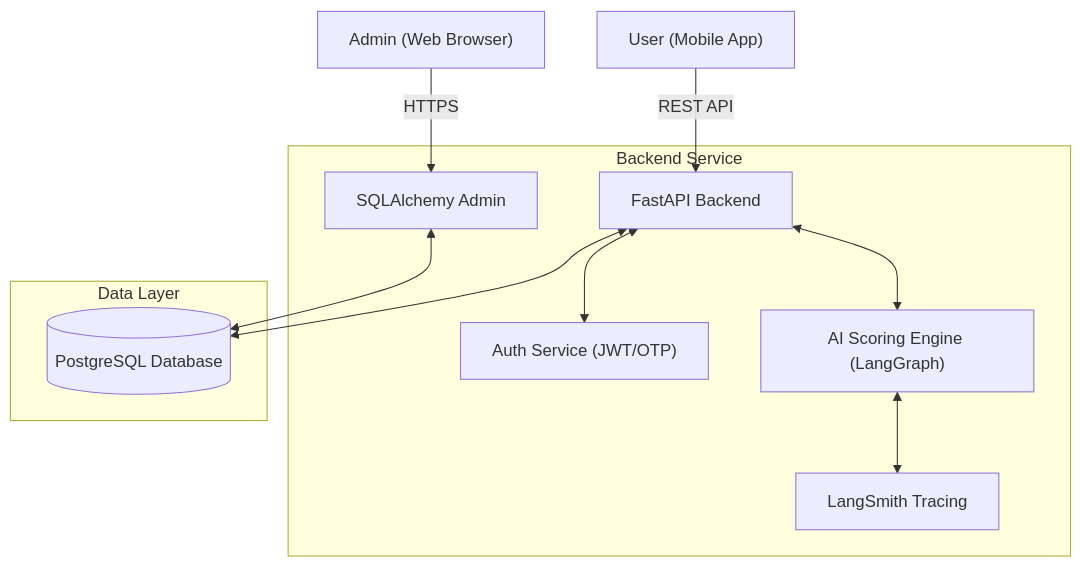
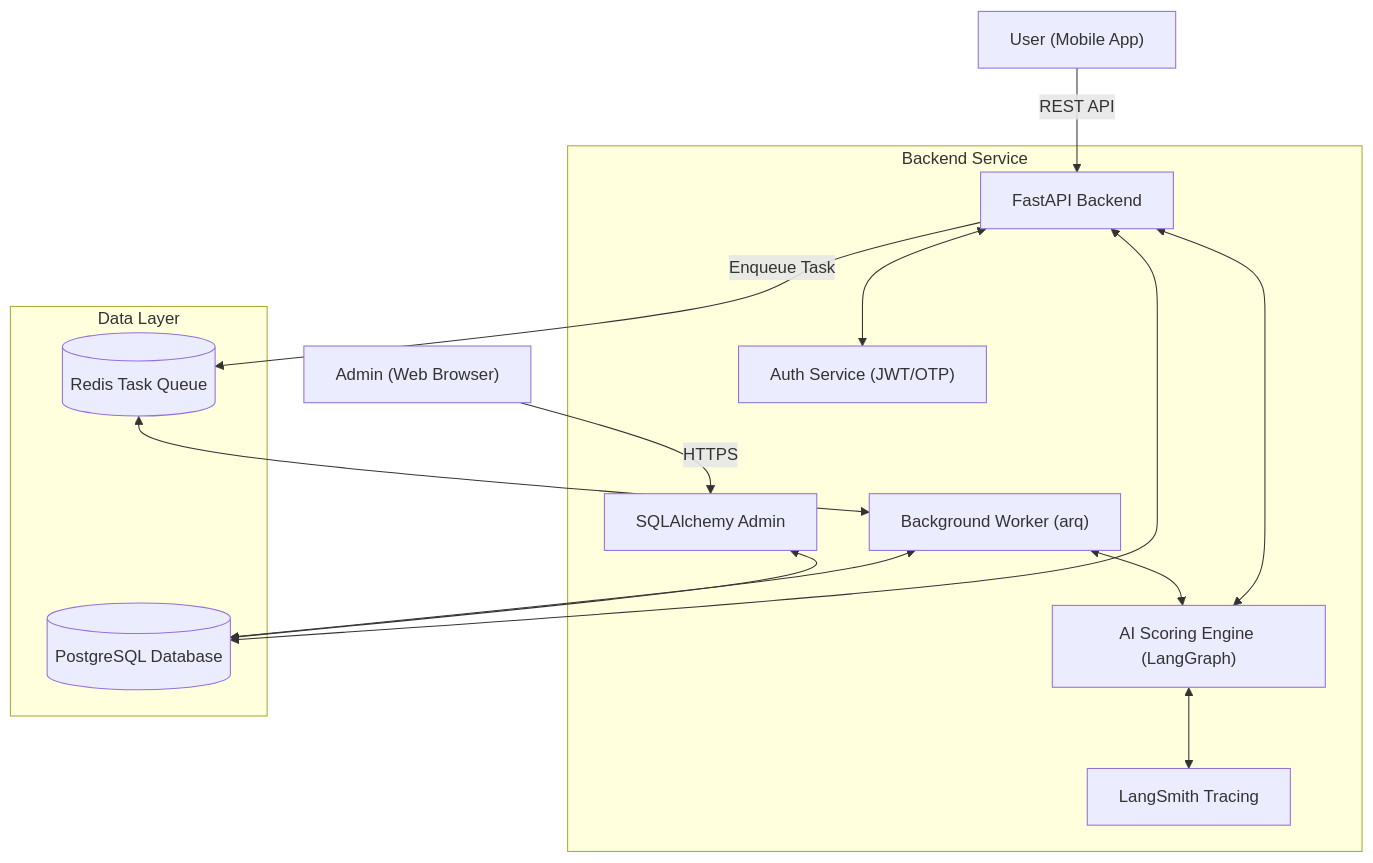
One commit to sreekumarmk-tp/BigSkillChallenge changed the first of 2 diagrams in README.md. Above: the diagram before and after it, drawn with Mermaid. The commit also changed other lines of this file and 10 other files, not shown here.

Commit message:
feat: implement persistent background task processing with Arq and Redis to decouple AI scoring from submission API requests.

````diff
--- a/README.md
+++ b/README.md
@@ -16,23 +16,29 @@
 ```mermaid
 graph TD
     User["User (Mobile App)"] -- "REST API" --> API["FastAPI Backend"]
     Admin["Admin (Web Browser)"] -- "HTTPS" --> AdminPanel["SQLAlchemy Admin"]
     
     subgraph backend ["Backend Service"]
         API
         AdminPanel
         Auth["Auth Service (JWT/OTP)"]
         Scoring["AI Scoring Engine (LangGraph)"]
         Tracing["LangSmith Tracing"]
+        Worker["Background Worker (arq)"]
     end
     
     subgraph persistence ["Data Layer"]
         DB[(PostgreSQL Database)]
+        Redis[(Redis Task Queue)]
     end
     
     API <--> Auth
     API <--> Scoring
     Scoring <--> Tracing
     API <--> DB
     AdminPanel <--> DB
+    API -- Enqueue Task --> Redis
+    Redis <--> Worker
+    Worker <--> DB
+    Worker <--> Scoring
 ```
````
